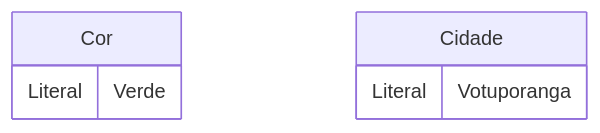
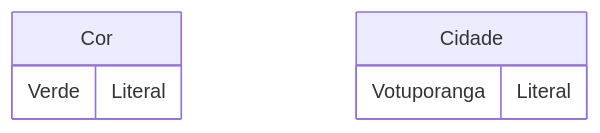
Before and after one commit to eajardini/vtpapog2026: the third of 3 diagrams in apostila/chap01.md, drawn with Mermaid. The commit also changed other lines of this file, not shown here.

````diff
--- a/apostila/chap01.md
+++ b/apostila/chap01.md
@@ -196,12 +196,12 @@
 ```mermaid
 
 erDiagram
     Cor {
-        Literal Verde        
+        Verde Literal
     }
 
     Cidade {
-        Literal Votuporanga
+        Votuporanga Literal
     }
 
 ```
````
